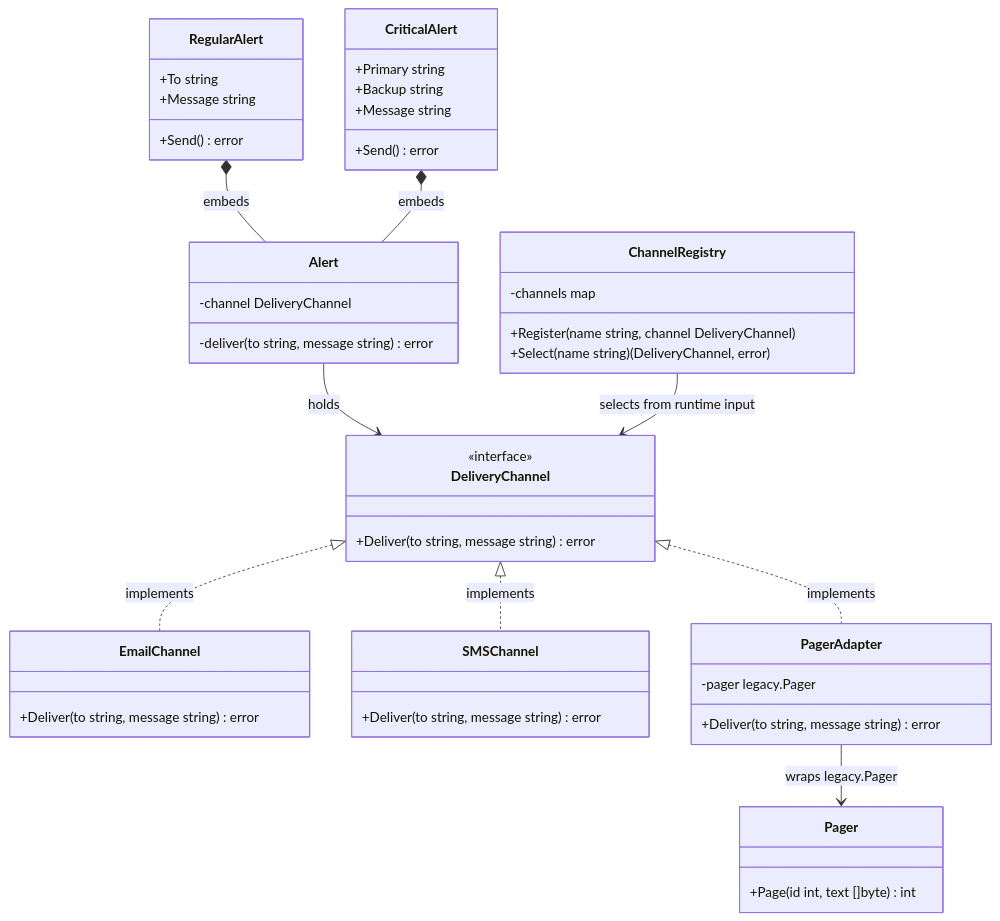
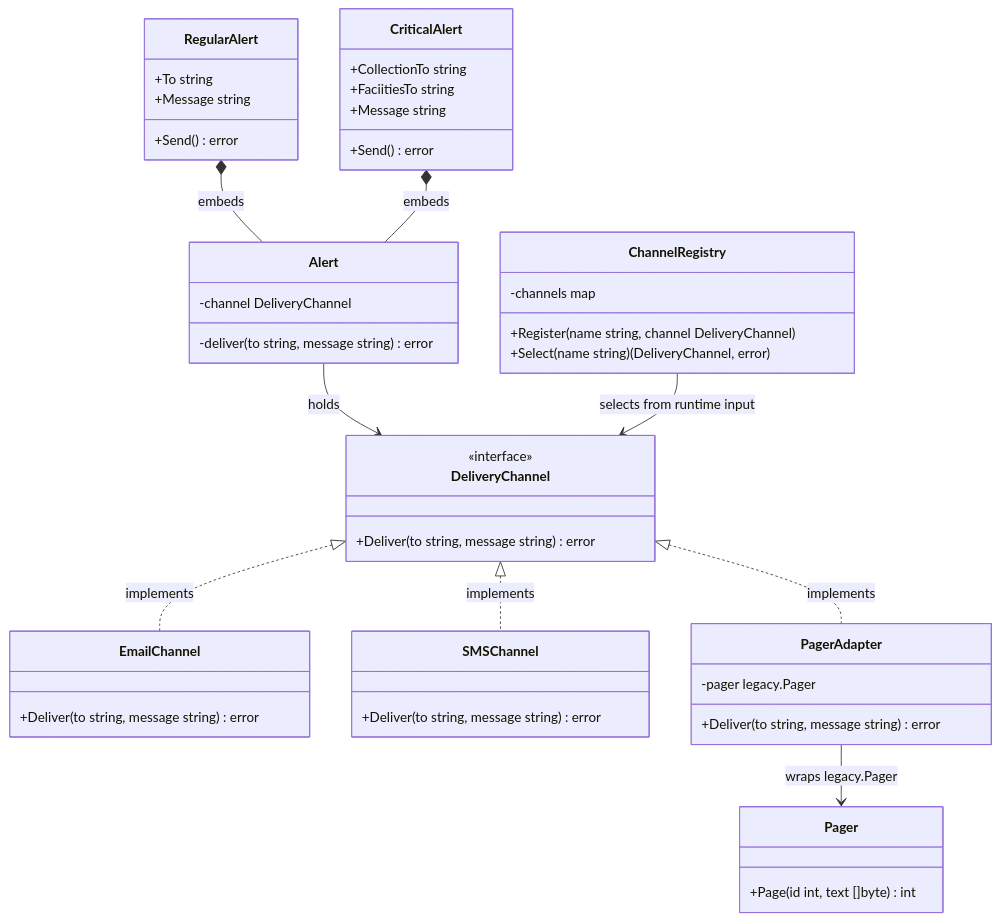
One commit to furagnaut-dev/bridge-adapter changed the diagram in README.md. Above: the diagram before and after it, drawn with Mermaid. The commit also changed 2 other files, not shown here.

````diff
--- a/README.md
+++ b/README.md
@@ -3,57 +3,57 @@
 ```mermaid
 classDiagram
     class DeliveryChannel {
         <<interface>>
         +Deliver(to string, message string) error
     }
 
     class Alert {
         -channel DeliveryChannel
         -deliver(to string, message string) error
     }
 
     class RegularAlert {
         +To string
         +Message string
         +Send() error
     }
 
     class CriticalAlert {
-        +Primary string
-        +Backup string
+        +CollectionTo string
+        +FaciitiesTo string
         +Message string
         +Send() error
     }
 
     class EmailChannel {
         +Deliver(to string, message string) error
     }
 
     class SMSChannel {
         +Deliver(to string, message string) error
     }
 
     class PagerAdapter {
         -pager legacy.Pager
         +Deliver(to string, message string) error
     }
 
     class Pager {
         +Page(id int, text []byte) int
     }
 
     class ChannelRegistry {
         -channels map
         +Register(name string, channel DeliveryChannel)
         +Select(name string) (DeliveryChannel, error)
     }
 
     RegularAlert *-- Alert : embeds
     CriticalAlert *-- Alert : embeds
     Alert --> DeliveryChannel : holds
     DeliveryChannel <|.. EmailChannel : implements
     DeliveryChannel <|.. SMSChannel : implements
     DeliveryChannel <|.. PagerAdapter : implements
     PagerAdapter --> Pager : wraps legacy.Pager
     ChannelRegistry --> DeliveryChannel : selects from runtime input
 ```
````
